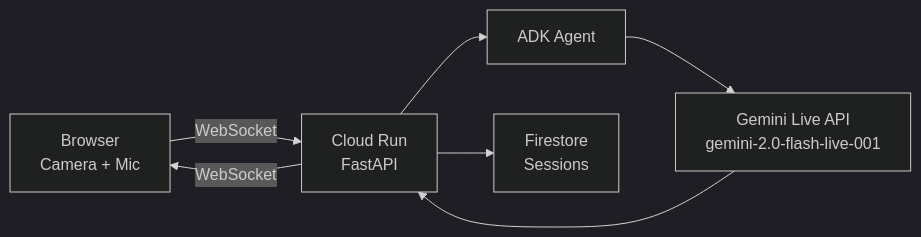
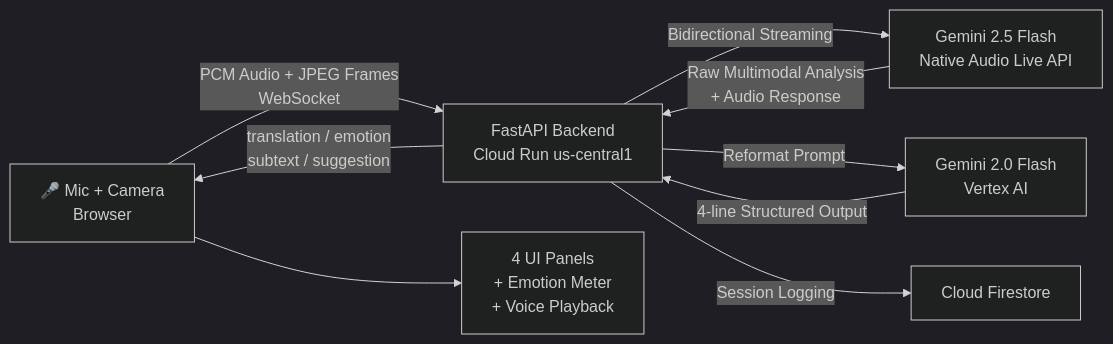
Before and after one commit to mohanprasath-dev/tonelens: the diagram in README.md, drawn with Mermaid (dark theme). The commit also changed other lines of this file, not shown here.

First line of the commit message:
README: add demo, architecture, deploy & modes

````diff
--- a/README.md
+++ b/README.md
@@ -20,9 +26,11 @@
 ```mermaid
 graph LR
-    A[Browser<br/>Camera + Mic] -->|WebSocket| B[Cloud Run<br/>FastAPI]
-    B --> C[ADK Agent]
-    C --> D[Gemini Live API<br/>gemini-2.0-flash-live-001]
-    B --> E[Firestore<br/>Sessions]
-    D --> B
-    B -->|WebSocket| A
+    A["🎤 Mic + Camera\nBrowser"] -->|"PCM Audio + JPEG Frames\nWebSocket"| B["FastAPI Backend\nCloud Run us-central1"]
+    B -->|"Bidirectional Streaming"| C["Gemini 2.5 Flash\nNative Audio Live API"]
+    C -->|"Raw Multimodal Analysis\n+ Audio Response"| B
+    B -->|"Reformat Prompt"| D["Gemini 2.0 Flash\nVertex AI"]
+    D -->|"4-line Structured Output"| B
+    B -->|"Session Logging"| E["Cloud Firestore"]
+    B -->|"translation / emotion\nsubtext / suggestion"| A
+    A --> F["4 UI Panels\n+ Emotion Meter\n+ Voice Playback"]
 ```
````
